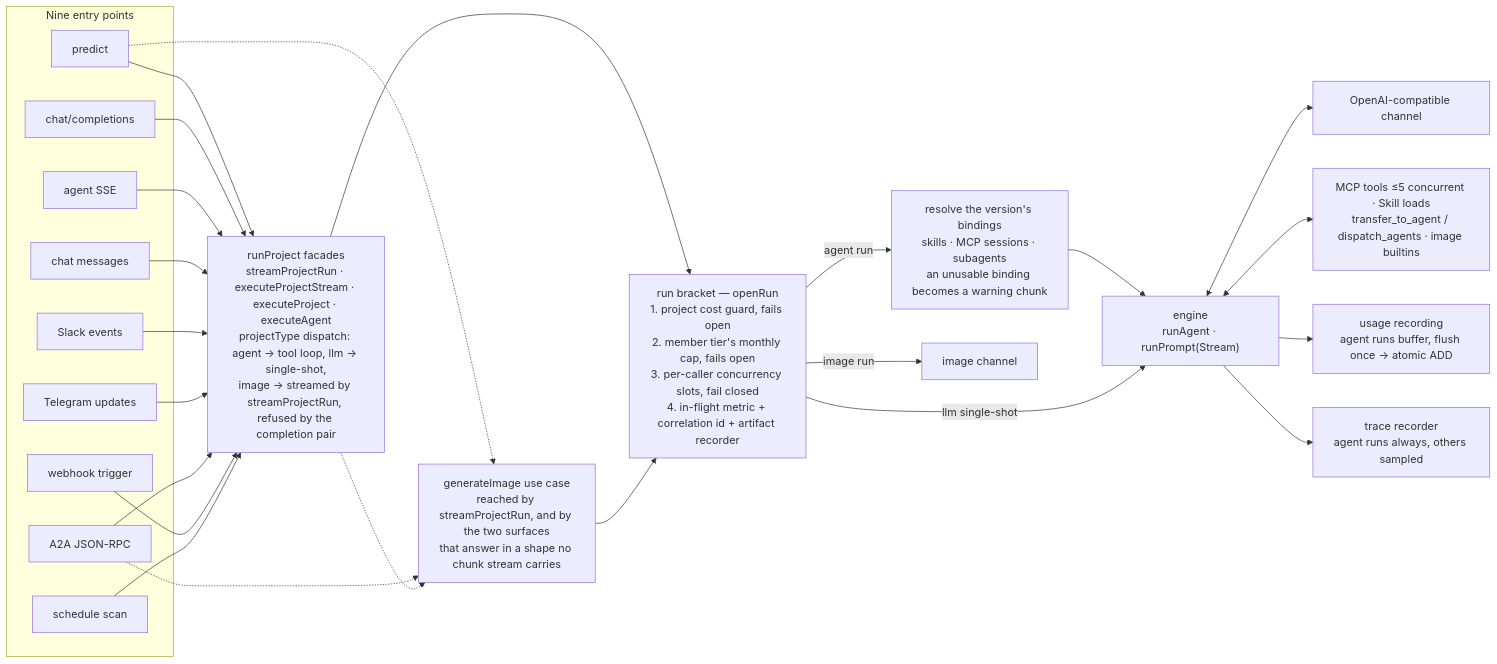
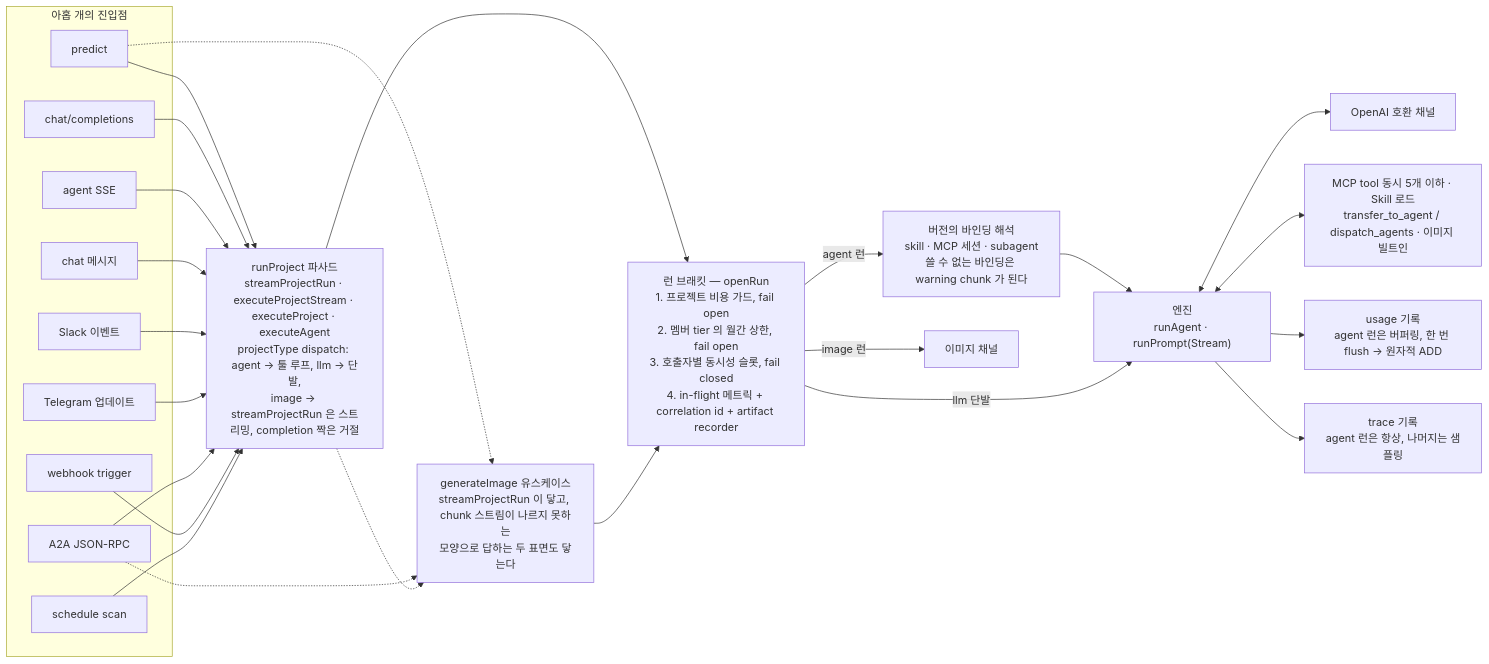
The second of 4 diagrams in docs/ARCHITECTURE.md (opspresso/agent-studio), drawn with Mermaid before and after one commit. The commit also changed other lines of this file and 21 other files, not shown here.

````diff
--- a/docs/ARCHITECTURE.md
+++ b/docs/ARCHITECTURE.md
@@ -307,47 +307,47 @@
 ```mermaid
 flowchart LR
-  subgraph surfaces["Nine entry points"]
+  subgraph surfaces["아홉 개의 진입점"]
     predict["predict"]
     cc["chat/completions"]
     agentsse["agent SSE"]
-    chat["chat messages"]
-    slack["Slack events"]
-    telegram["Telegram updates"]
+    chat["chat 메시지"]
+    slack["Slack 이벤트"]
+    telegram["Telegram 업데이트"]
     a2a["A2A JSON-RPC"]
     webhook["webhook trigger"]
     schedule["schedule scan"]
   end
 
-  facade["runProject facades<br/>streamProjectRun · executeProjectStream · executeProject · executeAgent<br/>projectType dispatch: agent → tool loop, llm → single-shot,<br/>image → streamed by streamProjectRun, refused by the completion pair"]
-  imageuc["generateImage use case<br/>reached by streamProjectRun, and by the two surfaces<br/>that answer in a shape no chunk stream carries"]
-  bracket["run bracket — openRun<br/>1. project cost guard, fails open<br/>2. member tier's monthly cap, fails open<br/>3. per-caller concurrency slots, fail closed<br/>4. in-flight metric + correlation id + artifact recorder"]
-  resolve["resolve the version's bindings<br/>skills · MCP sessions · subagents<br/>an unusable binding becomes a warning chunk"]
-  engine["engine<br/>runAgent · runPrompt(Stream)"]
-  channel["OpenAI-compatible channel"]
-  imagechannel["image channel"]
-  tools["MCP tools ≤5 concurrent · Skill loads<br/>transfer_to_agent / dispatch_agents · image builtins"]
-  usage["usage recording<br/>agent runs buffer, flush once → atomic ADD"]
-  trace["trace recorder<br/>agent runs always, others sampled"]
+  facade["runProject 파사드<br/>streamProjectRun · executeProjectStream · executeProject · executeAgent<br/>projectType dispatch: agent → 툴 루프, llm → 단발,<br/>image → streamProjectRun 은 스트리밍, completion 짝은 거절"]
+  imageuc["generateImage 유스케이스<br/>streamProjectRun 이 닿고, chunk 스트림이 나르지 못하는<br/>모양으로 답하는 두 표면도 닿는다"]
+  bracket["런 브래킷 — openRun<br/>1. 프로젝트 비용 가드, fail open<br/>2. 멤버 tier 의 월간 상한, fail open<br/>3. 호출자별 동시성 슬롯, fail closed<br/>4. in-flight 메트릭 + correlation id + artifact recorder"]
+  resolve["버전의 바인딩 해석<br/>skill · MCP 세션 · subagent<br/>쓸 수 없는 바인딩은 warning chunk 가 된다"]
+  engine["엔진<br/>runAgent · runPrompt(Stream)"]
+  channel["OpenAI 호환 채널"]
+  imagechannel["이미지 채널"]
+  tools["MCP tool 동시 5개 이하 · Skill 로드<br/>transfer_to_agent / dispatch_agents · 이미지 빌트인"]
+  usage["usage 기록<br/>agent 런은 버퍼링, 한 번 flush → 원자적 ADD"]
+  trace["trace 기록<br/>agent 런은 항상, 나머지는 샘플링"]
 
   predict --> facade
   cc --> facade
   agentsse --> facade
   chat --> facade
   slack --> facade
   telegram --> facade
   a2a --> facade
   webhook --> facade
   schedule --> facade
   predict -.-> imageuc
   a2a -.-> imageuc
   facade -.-> imageuc
   facade --> bracket
   imageuc --> bracket
-  bracket -->|"agent run"| resolve --> engine
-  bracket -->|"llm single-shot"| engine
-  bracket -->|"image run"| imagechannel
+  bracket -->|"agent 런"| resolve --> engine
+  bracket -->|"llm 단발"| engine
+  bracket -->|"image 런"| imagechannel
   engine <--> channel
   engine <--> tools
   engine --> usage
   engine --> trace
 ```
````
